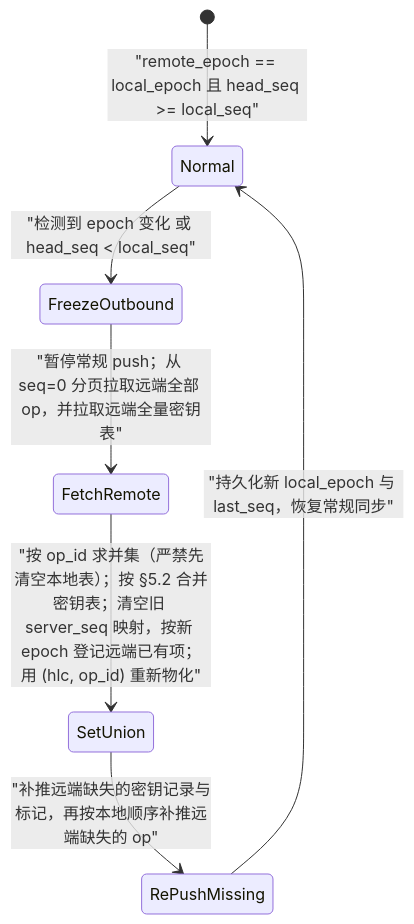
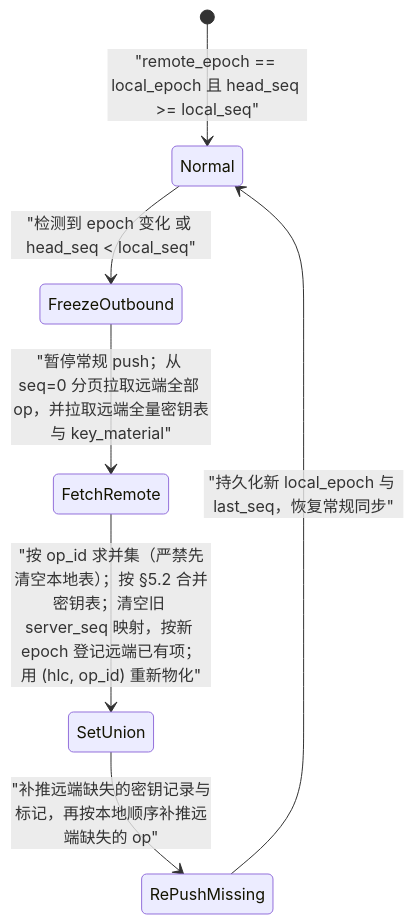
One commit to gray0128/my-note changed the second of 2 diagrams in docs/sync-protocol.md. Above: the diagram before and after it, drawn with Mermaid. The commit also changed other lines of this file and 8 other files, not shown here.

````diff
--- a/docs/sync-protocol.md
+++ b/docs/sync-protocol.md
@@ -316,9 +317,9 @@
 ```mermaid
 stateDiagram-v2
     [*] --> Normal : "remote_epoch == local_epoch 且 head_seq >= local_seq"
     Normal --> FreezeOutbound : "检测到 epoch 变化 或 head_seq < local_seq"
-    FreezeOutbound --> FetchRemote : "暂停常规 push；从 seq=0 分页拉取远端全部 op，并拉取远端全量密钥表"
+    FreezeOutbound --> FetchRemote : "暂停常规 push；从 seq=0 分页拉取远端全部 op，并拉取远端全量密钥表与 key_material"
     FetchRemote --> SetUnion : "按 op_id 求并集（严禁先清空本地表）；按 §5.2 合并密钥表；清空旧 server_seq 映射，按新 epoch 登记远端已有项；用 (hlc, op_id) 重新物化"
     SetUnion --> RePushMissing : "补推远端缺失的密钥记录与标记，再按本地顺序补推远端缺失的 op"
     RePushMissing --> Normal : "持久化新 local_epoch 与 last_seq，恢复常规同步"
 ```
````
